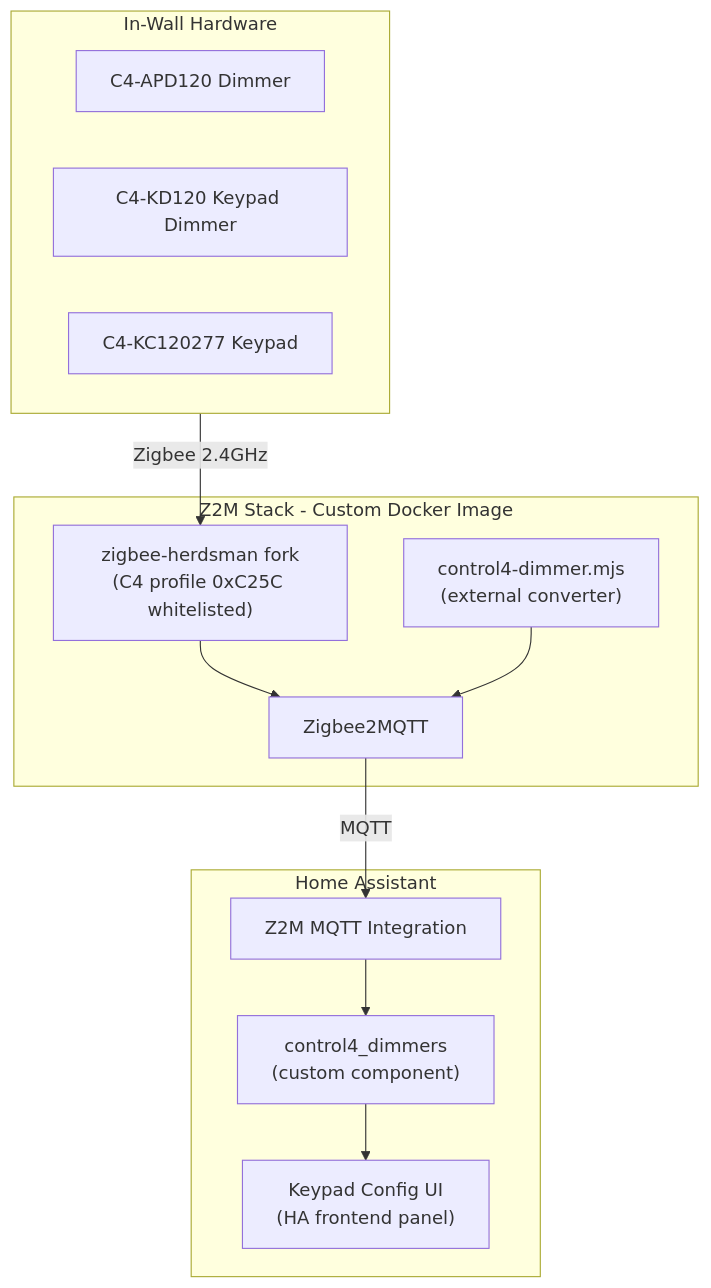
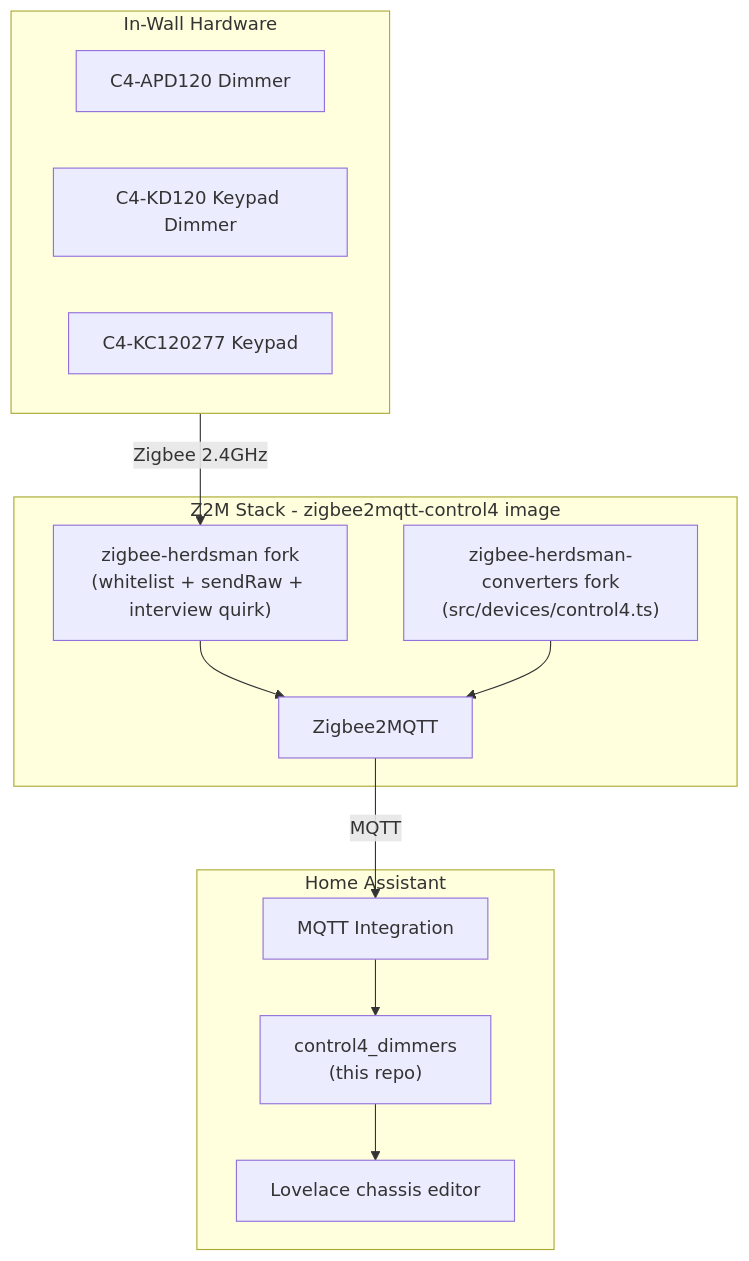
One commit to bharat/homeassistant-control4-dimmers changed the diagram in PLAN.md. Above: the diagram before and after it, drawn with Mermaid. The commit also changed other lines of this file and 30 other files, not shown here.

````diff
--- a/PLAN.md
+++ b/PLAN.md
@@ -25,27 +28,27 @@
 ```mermaid
 graph TB
   subgraph wall [In-Wall Hardware]
     APD120["C4-APD120 Dimmer"]
     KD120["C4-KD120 Keypad Dimmer"]
     KC120["C4-KC120277 Keypad"]
   end
 
-  subgraph z2m_stack [Z2M Stack - Custom Docker Image]
-    Converter["control4-dimmer.mjs\n(external converter)"]
-    Herdsman["zigbee-herdsman fork\n(C4 profile 0xC25C whitelisted)"]
+  subgraph z2m_stack [Z2M Stack - zigbee2mqtt-control4 image]
+    Herdsman["zigbee-herdsman fork\n(whitelist + sendRaw + interview quirk)"]
+    ZHC["zigbee-herdsman-converters fork\n(src/devices/control4.ts)"]
     Z2M["Zigbee2MQTT"]
   end
 
   subgraph ha [Home Assistant]
-    MQTT_Int["Z2M MQTT Integration"]
-    CustomComp["control4_dimmers\n(custom component)"]
-    KeypadUI["Keypad Config UI\n(HA frontend panel)"]
+    MQTT_Int["MQTT Integration"]
+    CustomComp["control4_dimmers\n(this repo)"]
+    KeypadUI["Lovelace chassis editor"]
   end
 
   wall -->|Zigbee 2.4GHz| Herdsman
   Herdsman --> Z2M
-  Converter --> Z2M
+  ZHC --> Z2M
   Z2M -->|MQTT| MQTT_Int
   MQTT_Int --> CustomComp
   CustomComp --> KeypadUI
 ```
````
